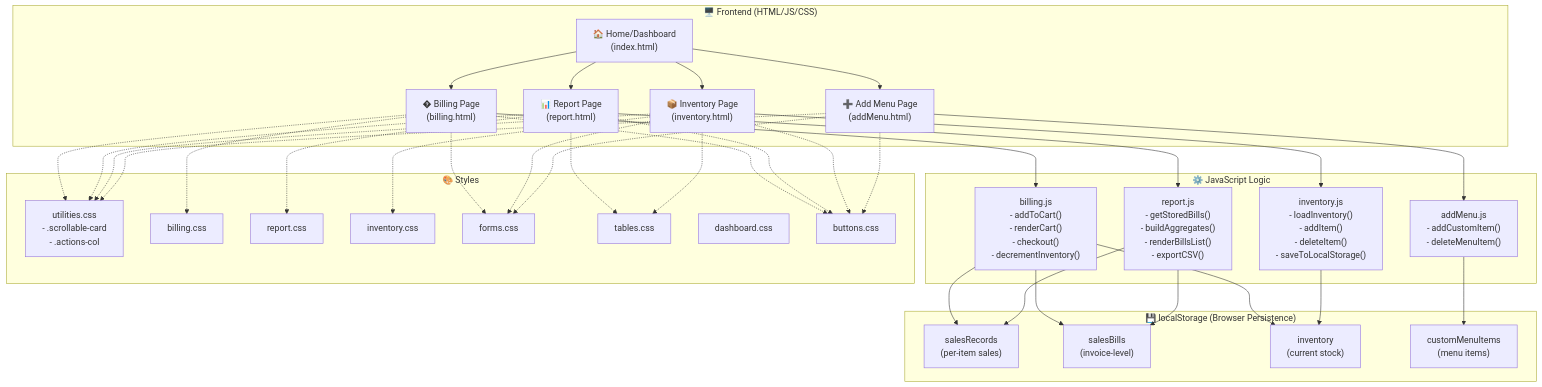
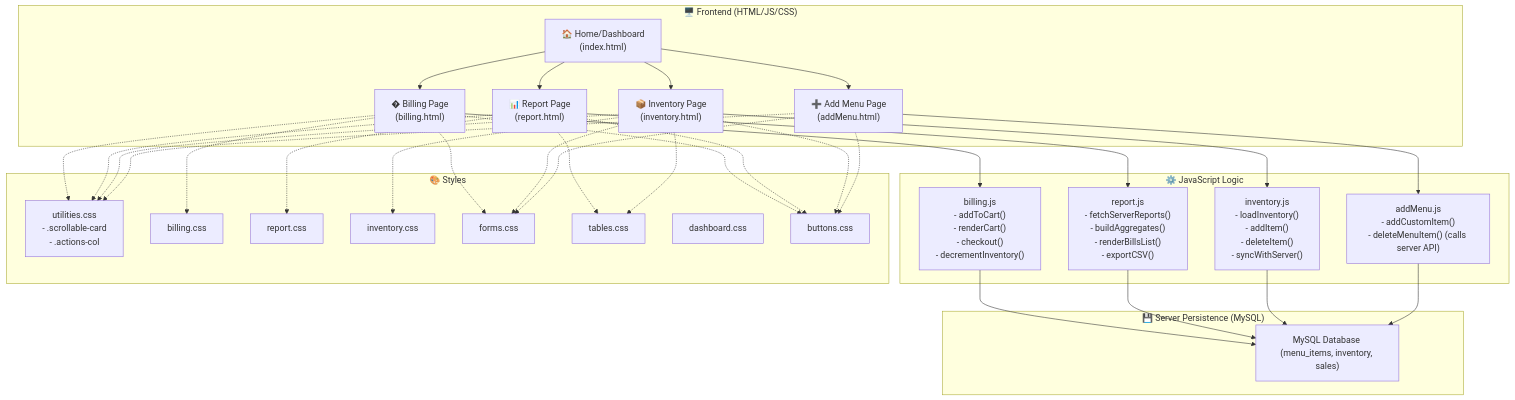
The first of 6 diagrams in docs/ARCHITECTURE.md (Alrayyanumar56/Cafeteria-Mangement-System), drawn with Mermaid before and after one commit. The commit also changed other lines of this file and 1 other file, not shown here.

````diff
--- a/docs/ARCHITECTURE.md
+++ b/docs/ARCHITECTURE.md
@@ -5,72 +5,66 @@
 ```mermaid
 graph TB
     subgraph Frontend["🖥️ Frontend (HTML/JS/CSS)"]
         HOME["🏠 Home/Dashboard<br/>(index.html)"]
         BP["� Billing Page<br/>(billing.html)"]
         RP["📊 Report Page<br/>(report.html)"]
         IP["📦 Inventory Page<br/>(inventory.html)"]
         AMP["➕ Add Menu Page<br/>(addMenu.html)"]
         HOME --> BP
         HOME --> RP
         HOME --> IP
         HOME --> AMP
     end
     
     subgraph Logic["⚙️ JavaScript Logic"]
         BJ["billing.js<br/>- addToCart()<br/>- renderCart()<br/>- checkout()<br/>- decrementInventory()"]
-        RJ["report.js<br/>- getStoredBills()<br/>- buildAggregates()<br/>- renderBillsList()<br/>- exportCSV()"]
-        IJ["inventory.js<br/>- loadInventory()<br/>- addItem()<br/>- deleteItem()<br/>- saveToLocalStorage()"]
-        AMJ["addMenu.js<br/>- addCustomItem()<br/>- deleteMenuItem()"]
+        RJ["report.js<br/>- fetchServerReports()<br/>- buildAggregates()<br/>- renderBillsList()<br/>- exportCSV()"]
+        IJ["inventory.js<br/>- loadInventory()<br/>- addItem()<br/>- deleteItem()<br/>- syncWithServer()"]
+        AMJ["addMenu.js<br/>- addCustomItem()<br/>- deleteMenuItem() (calls server API)"]
     end
     
-    subgraph Storage["💾 localStorage (Browser Persistence)"]
-        SR["salesRecords<br/>(per-item sales)"]
-        SB["salesBills<br/>(invoice-level)"]
-        INV["inventory<br/>(current stock)"]
-        CMI["customMenuItems<br/>(menu items)"]
+    subgraph Storage["💾 Server Persistence (MySQL)"]
+        DB["MySQL Database (menu_items, inventory, sales)"]
     end
     
     subgraph CSS["🎨 Styles"]
         UC["utilities.css<br/>- .scrollable-card<br/>- .actions-col"]
         BC["billing.css"]
         RC["report.css"]
         IC["inventory.css"]
         FC["forms.css"]
         TC["tables.css"]
         DC["dashboard.css"]
         BTC["buttons.css"]
     end
     
     BP --> BJ
     RP --> RJ
     IP --> IJ
     AMP --> AMJ
     
-    BJ --> SR
-    BJ --> SB
-    BJ --> INV
-    RJ --> SR
-    RJ --> SB
-    IJ --> INV
-    AMJ --> CMI
+    BJ --> DB
+    RJ --> DB
+    IJ --> DB
+    AMJ --> DB
     
     BP -.-> UC
     BP -.-> BC
     BP -.-> BTC
     BP -.-> FC
     
     RP -.-> UC
     RP -.-> RC
     RP -.-> TC
     RP -.-> BTC
     
     IP -.-> UC
     IP -.-> IC
     IP -.-> TC
     IP -.-> FC
     IP -.-> BTC
     
     AMP -.-> UC
     AMP -.-> FC
     AMP -.-> BTC
 ```
````
